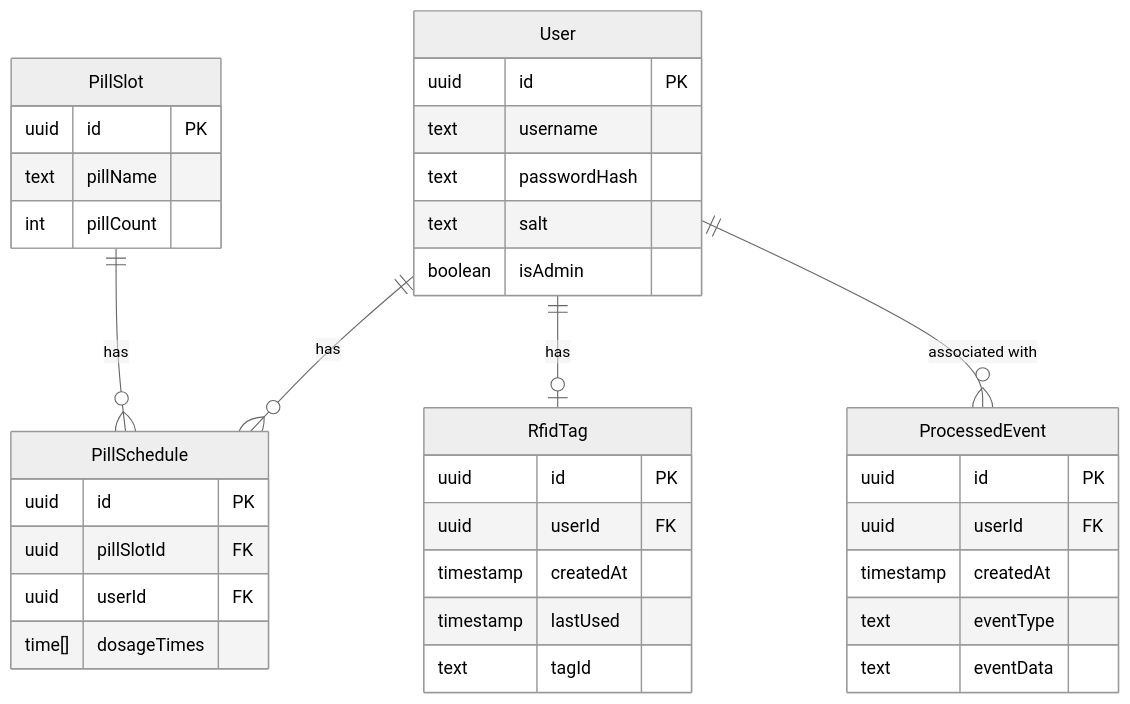
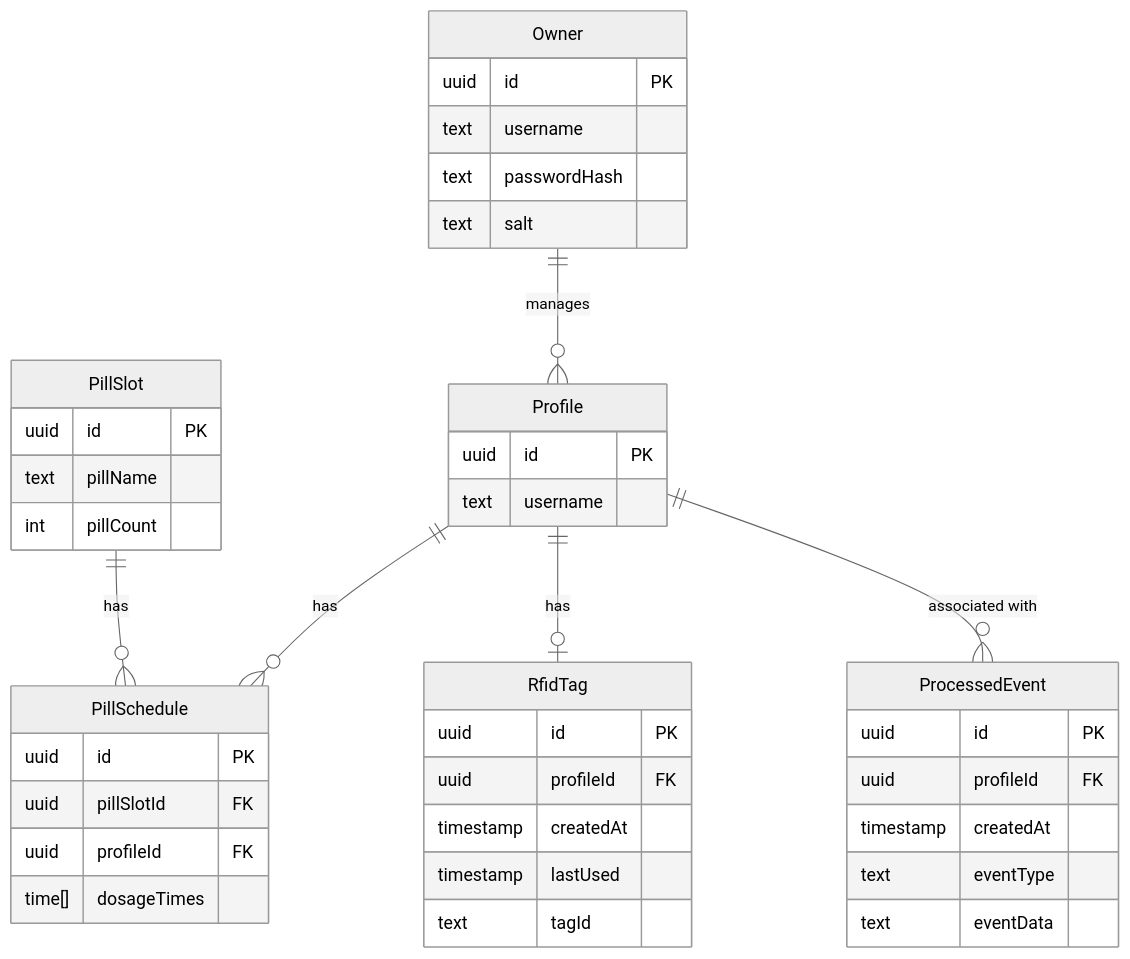
One commit to prenaissance/pbl_iot_team6 changed the diagram in diagrams/UML/entities.md. Above: the diagram before and after it, drawn with Mermaid (neutral theme).

Commit message:
docs: update DB diagram to new requirements

````diff
--- a/diagrams/UML/entities.md
+++ b/diagrams/UML/entities.md
@@ -3,44 +3,49 @@
 ```mermaid
 erDiagram
     PillSlot {
         uuid id PK
         text pillName
         int pillCount
     }
 
     PillSchedule {
         uuid id PK
         uuid pillSlotId FK
-        uuid userId FK
+        uuid profileId FK
         time[] dosageTimes
     }
 
-    User {
+    Owner {
         uuid id PK
         text username
         text passwordHash
         text salt
-        boolean isAdmin
+    }
+
+    Profile {
+        uuid id PK
+        text username
     }
 
     RfidTag {
         uuid id PK
-        uuid userId FK
+        uuid profileId FK
         timestamp createdAt
         timestamp lastUsed
         text tagId
     }
 
     ProcessedEvent {
         uuid id PK
-        uuid userId FK
+        uuid profileId FK
         timestamp createdAt
         text eventType
         text eventData
     }
 
     PillSlot ||--o{ PillSchedule : has
-    User ||--o{ PillSchedule : has
-    User ||--o| RfidTag : has
-    User ||--o{ ProcessedEvent : "associated with"
+    Profile ||--o{ PillSchedule : has
+    Profile ||--o| RfidTag : has
+    Profile ||--o{ ProcessedEvent : "associated with"
+    Owner ||--o{ Profile : manages
 ```
````
